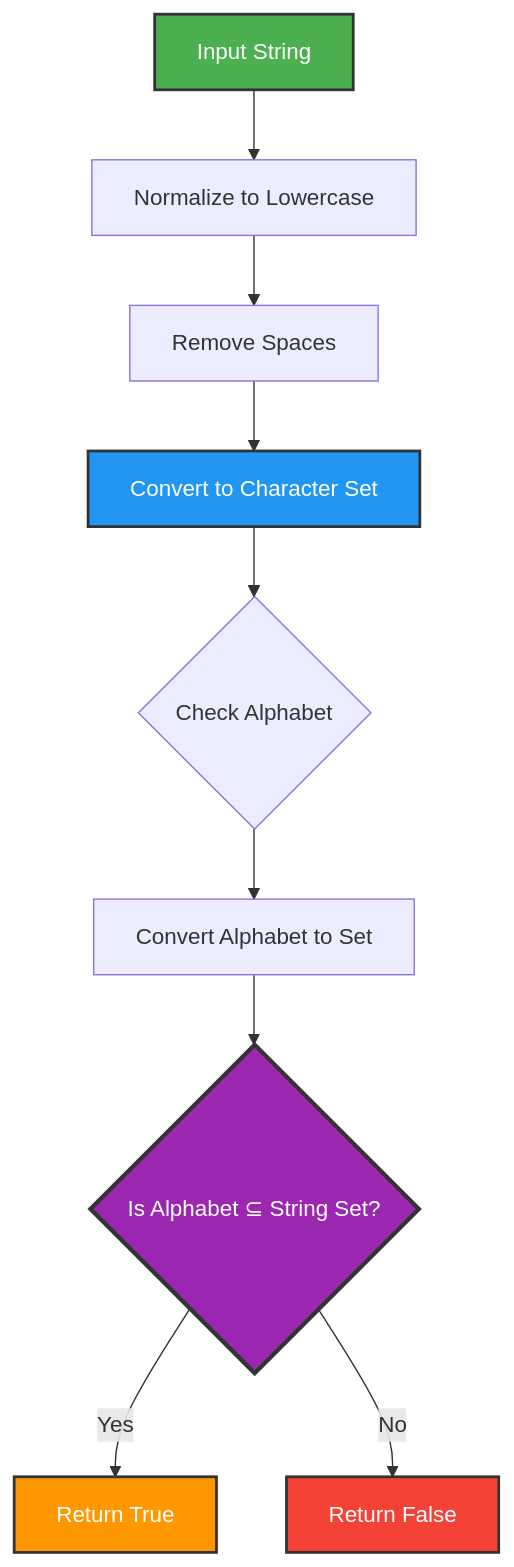
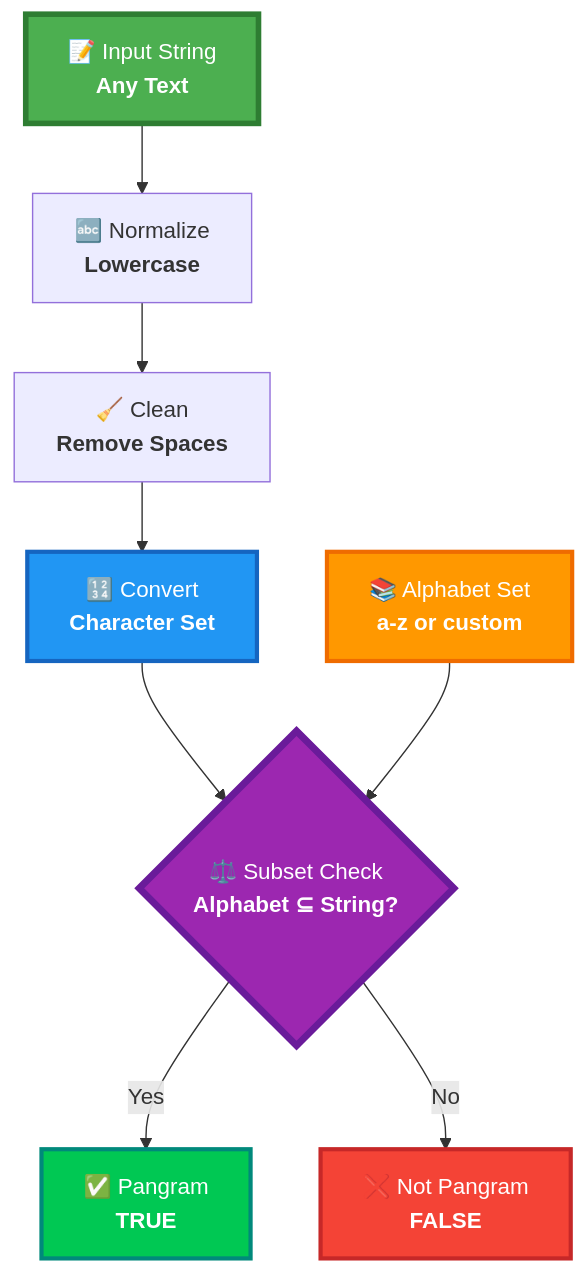
One commit to LuthandoCandlovu/sarao-technical-challenge changed the first of 2 diagrams in project-3/README.md. Above: the diagram before and after it, drawn with Mermaid. The commit also changed other lines of this file and 5 other files, not shown here.

````diff
--- a/project-3/README.md
+++ b/project-3/README.md
@@ -20,17 +114,26 @@
 ```mermaid
 graph TB
-    A[Input String] --> B[Normalize to Lowercase]
-    B --> C[Remove Spaces]
-    C --> D[Convert to Character Set]
-    D --> E{Check Alphabet}
-    E --> F[Convert Alphabet to Set]
-    F --> G{Is Alphabet ⊆ String Set?}
-    G -->|Yes| H[Return True]
-    G -->|No| I[Return False]
+    A["📝 Input String<br/><b>Any Text</b>"]
+    B["🔤 Normalize<br/><b>Lowercase</b>"]
+    C["🧹 Clean<br/><b>Remove Spaces</b>"]
+    D["🔢 Convert<br/><b>Character Set</b>"]
+    E["📚 Alphabet Set<br/><b>a-z or custom</b>"]
+    F{"⚖️ Subset Check<br/><b>Alphabet ⊆ String?</b>"}
+    G["✅ Pangram<br/><b>TRUE</b>"]
+    H["❌ Not Pangram<br/><b>FALSE</b>"]
 
-    style A fill:#4CAF50,stroke:#333,stroke-width:2px,color:#fff
-    style D fill:#2196F3,stroke:#333,stroke-width:2px,color:#fff
-    style G fill:#9C27B0,stroke:#333,stroke-width:3px,color:#fff
-    style H fill:#FF9800,stroke:#333,stroke-width:2px,color:#fff
-    style I fill:#F44336,stroke:#333,stroke-width:2px,color:#fff
+    A --> B
+    B --> C
+    C --> D
+    D --> F
+    E --> F
+    F -->|Yes| G
+    F -->|No| H
+
+    style A fill:#4CAF50,stroke:#2E7D32,stroke-width:4px,color:#fff
+    style D fill:#2196F3,stroke:#1565C0,stroke-width:3px,color:#fff
+    style E fill:#FF9800,stroke:#EF6C00,stroke-width:3px,color:#fff
+    style F fill:#9C27B0,stroke:#6A1B9A,stroke-width:5px,color:#fff
+    style G fill:#00C853,stroke:#00897B,stroke-width:3px,color:#fff
+    style H fill:#F44336,stroke:#C62828,stroke-width:3px,color:#fff
 ```
````
